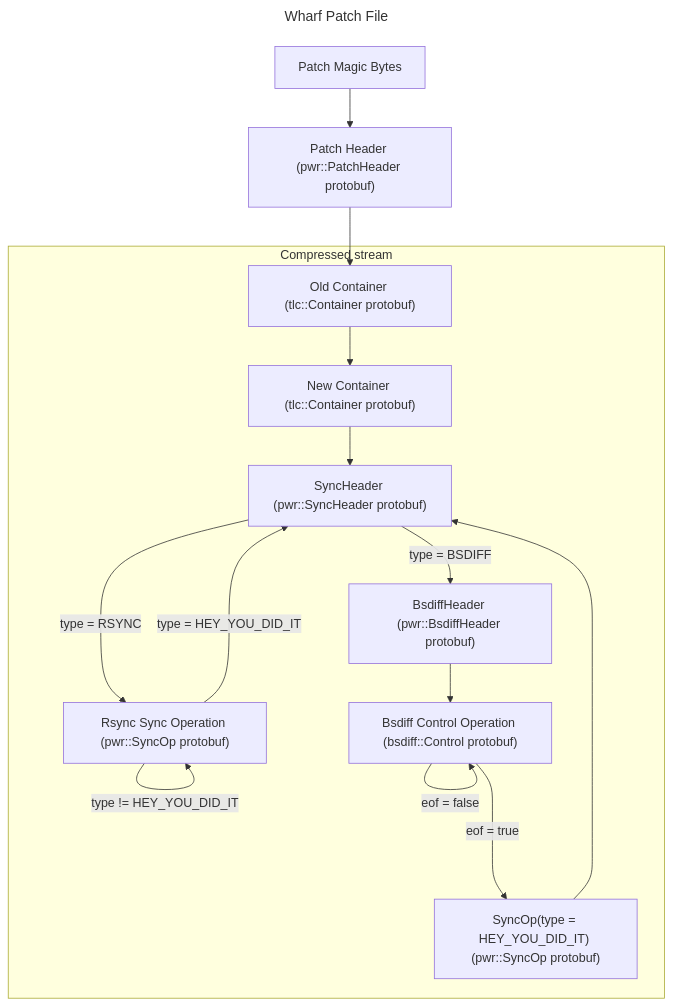
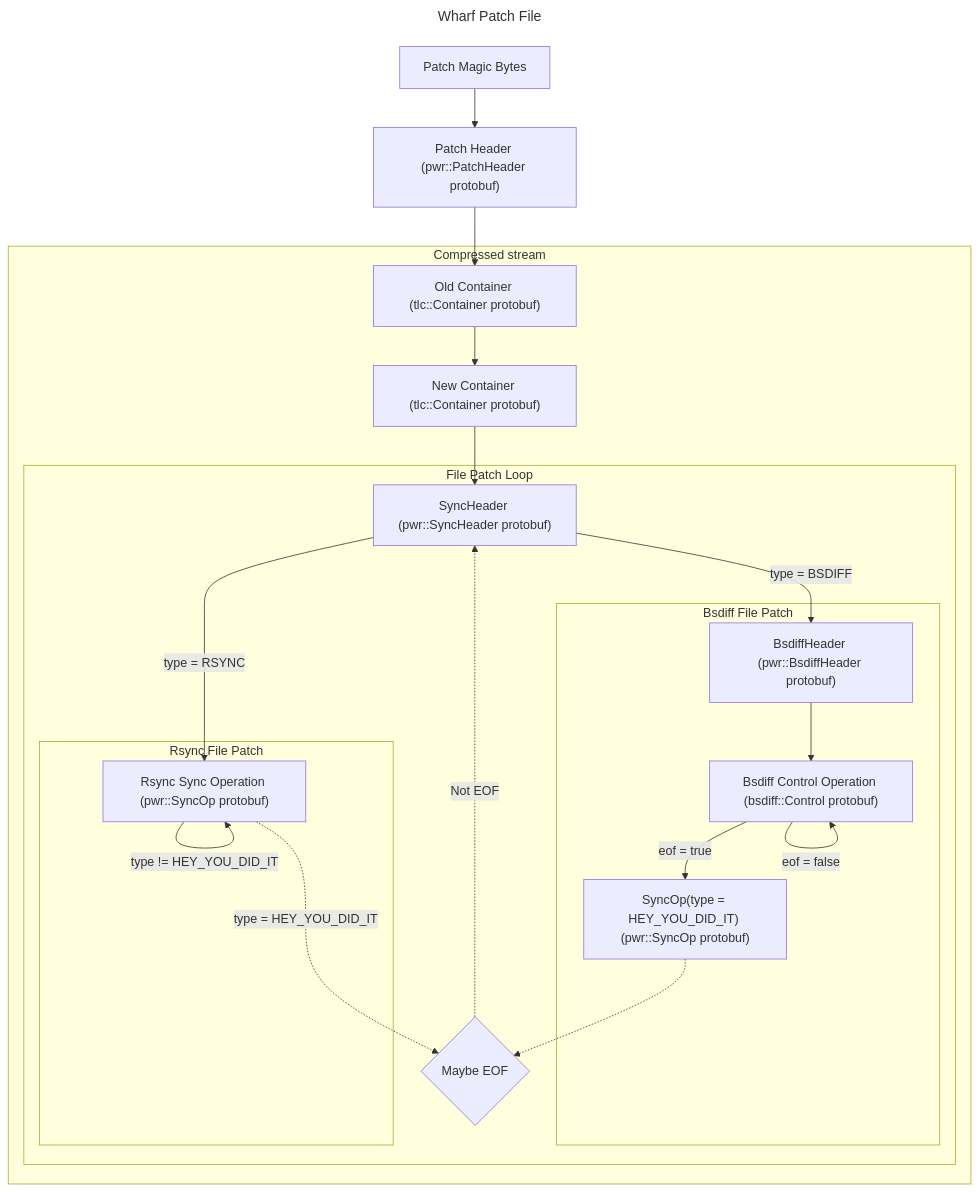
Before and after one commit to Vidi0/scratch-io: the diagram in docs/wharf/file_formats/patch.md, drawn with Mermaid. The commit also changed 1 other file, not shown here.

Commit message:
Add explicit mention to EOF in the docs' flowcharts

````diff
--- a/docs/wharf/file_formats/patch.md
+++ b/docs/wharf/file_formats/patch.md
@@ -1,20 +1,28 @@
 ```mermaid
 ---
 title: Wharf Patch File
 ---
 flowchart TB
     Magic["Patch Magic Bytes"] --> PatchHeader["Patch Header (pwr::PatchHeader protobuf)"]
     PatchHeader --> ContainerOld
     subgraph Compressed["Compressed stream"]
         ContainerOld["Old Container (tlc::Container protobuf)"] --> ContainerNew["New Container (tlc::Container protobuf)"]
         ContainerNew --> SyncHeader["SyncHeader (pwr::SyncHeader protobuf)"]
-        SyncHeader -->|"type = RSYNC"| SyncOp["Rsync Sync Operation (pwr::SyncOp protobuf)"]
-        SyncOp --->|"type = HEY_YOU_DID_IT"| SyncHeader
-        SyncOp -->|"type != HEY_YOU_DID_IT"| SyncOp
-        SyncHeader -->|"type = BSDIFF"| BsdiffHeader["BsdiffHeader (pwr::BsdiffHeader protobuf)"]
-        BsdiffHeader --> Control["Bsdiff Control Operation (bsdiff::Control protobuf)"]
-        Control -->|"eof = false"| Control
-        Control ---->|"eof = true"| HeySyncOp["SyncOp(type = HEY_YOU_DID_IT) (pwr::SyncOp protobuf)"]
-        HeySyncOp --> SyncHeader
+        subgraph SyncHeaderLoop["File Patch Loop"]
+            SyncHeader -->|"type = BSDIFF"| BsdiffHeader["BsdiffHeader (pwr::BsdiffHeader protobuf)"]
+            subgraph BsdiffLoop["Bsdiff File Patch"]
+                BsdiffHeader --> Control["Bsdiff Control Operation (bsdiff::Control protobuf)"]
+                Control -->|"eof = false"| Control
+                Control -->|"eof = true"| HeySyncOp["SyncOp(type = HEY_YOU_DID_IT) (pwr::SyncOp protobuf)"]
+            end
+            SyncHeader -->|"type = RSYNC"| SyncOp["Rsync Sync Operation (pwr::SyncOp protobuf)"]
+            SyncOp .->|"type = HEY_YOU_DID_IT"| EOF
+            subgraph RsyncLoop["Rsync File Patch"]
+                SyncOp -->|"type != HEY_YOU_DID_IT"| SyncOp
+            end
+            HeySyncOp .-> EOF
+
+            EOF{"Maybe EOF"} .->|"Not EOF"| SyncHeader
+        end
     end
 ```
````
